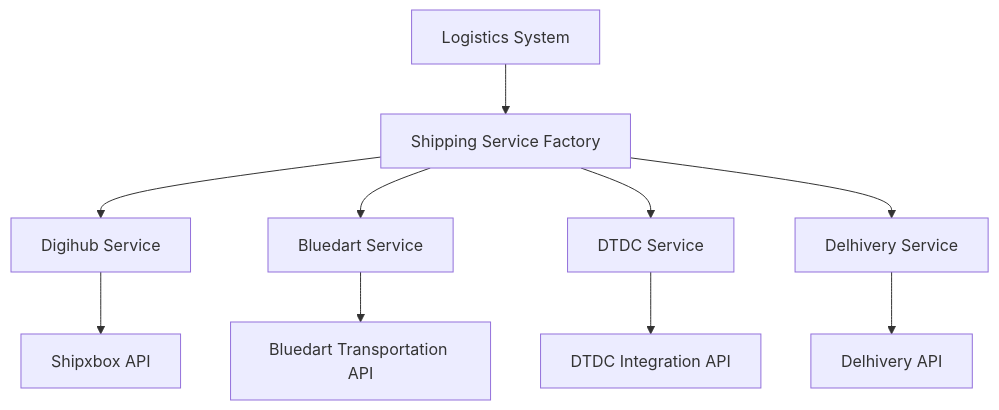
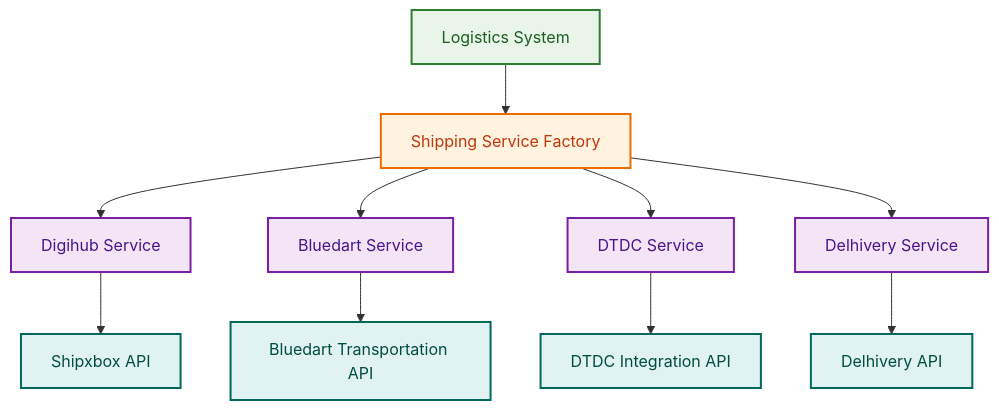
One commit to sandeepkumar0801/Digihub changed the fifth of 44 diagrams in README.md. Above: the diagram before and after it, drawn with Mermaid. The commit also changed other lines of this file and 1 other file, not shown here.

````diff
--- a/README.md
+++ b/README.md
@@ -646,15 +762,23 @@
 ```mermaid
 graph TD
     A[Logistics System] --> B[Shipping Service Factory]
     B --> C[Digihub Service]
     B --> D[Bluedart Service]
     B --> E[DTDC Service]
     B --> F[Delhivery Service]
 
     C --> G[Shipxbox API]
     D --> H[Bluedart Transportation API]
     E --> I[DTDC Integration API]
     F --> J[Delhivery API]
 
+    classDef core fill:#e8f5e8,stroke:#2e7d32,stroke-width:2px,color:#1b5e20
+    classDef factory fill:#fff3e0,stroke:#ef6c00,stroke-width:2px,color:#bf360c
+    classDef service fill:#f3e5f5,stroke:#7b1fa2,stroke-width:2px,color:#4a148c
+    classDef api fill:#e0f2f1,stroke:#00695c,stroke-width:2px,color:#004d40
 
+    class A core
+    class B factory
+    class C,D,E,F service
+    class G,H,I,J api
 ```
````
